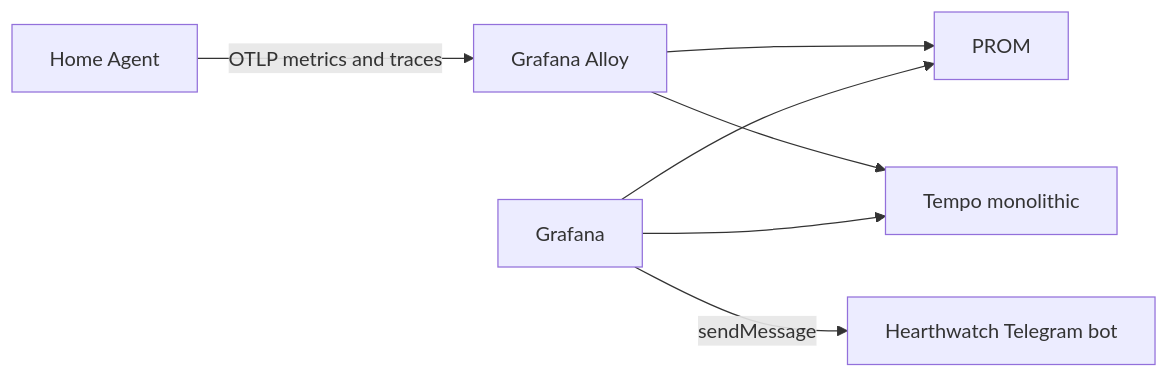
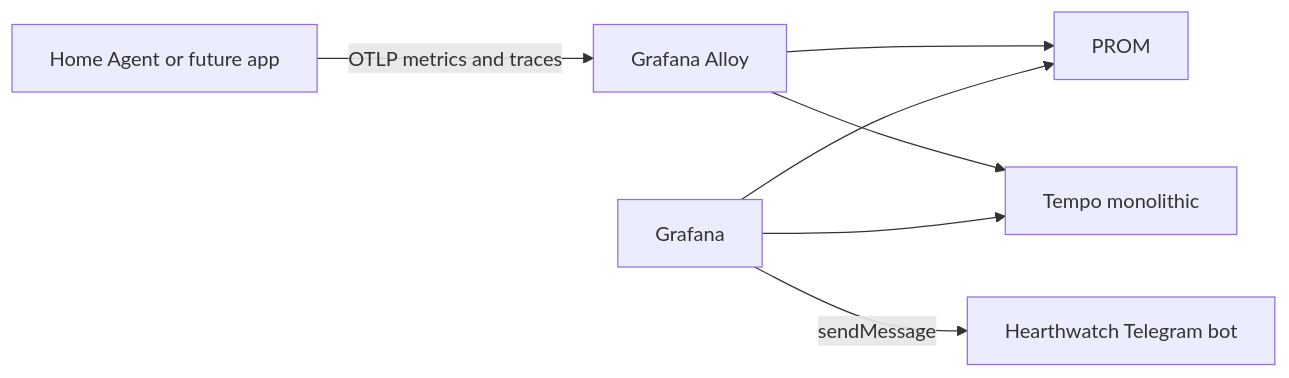
Before and after one commit to vladar107/home-ai-assistant: the diagram in docs/08-observability-and-operations.md, drawn with Mermaid. The commit also changed other lines of this file and 22 other files, not shown here.

````diff
--- a/docs/08-observability-and-operations.md
+++ b/docs/08-observability-and-operations.md
@@ -26,9 +26,9 @@
 ```mermaid
 flowchart LR
-    APP[Home Agent] -->|OTLP metrics and traces| ALLOY[Grafana Alloy]
+    APP[Home Agent or future app] -->|OTLP metrics and traces| ALLOY[Grafana Alloy]
     ALLOY --> PROM
     ALLOY --> TEMPO[Tempo monolithic]
     GRAFANA[Grafana] --> PROM
     GRAFANA --> TEMPO
     GRAFANA -->|sendMessage| ALERT[Hearthwatch Telegram bot]
 ```
````
